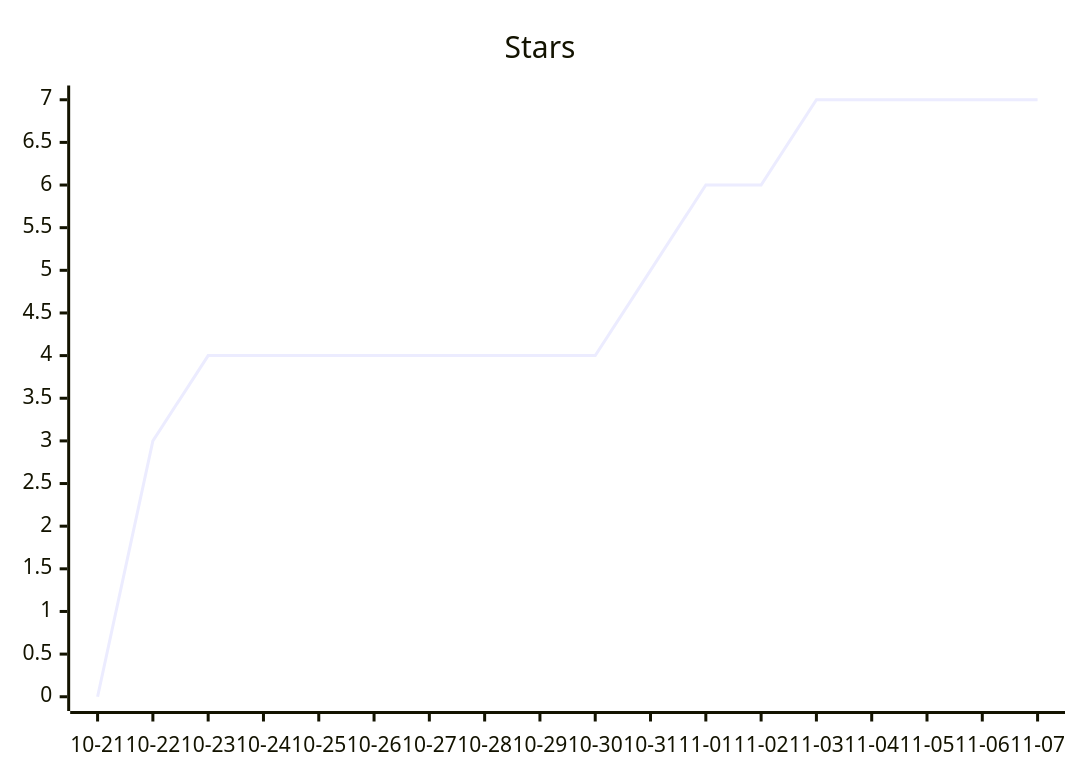
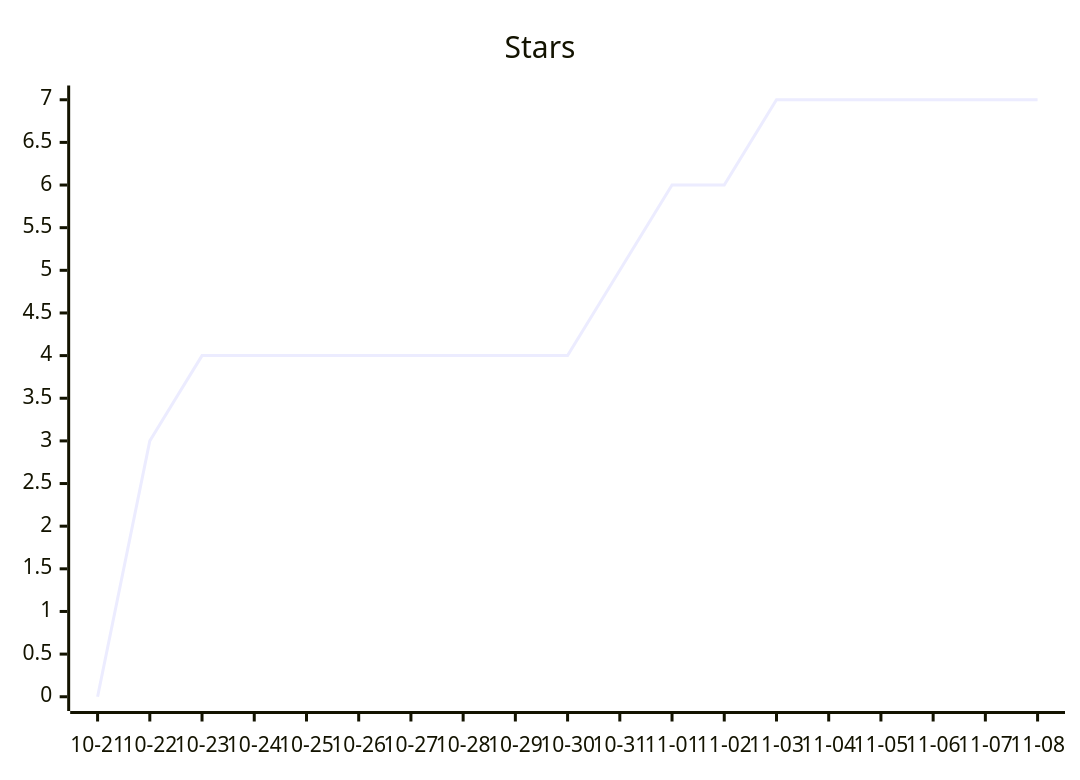
Before and after one commit to ArtemkaGoldMan/ContextSwitcher: the second of 3 diagrams in README.md, drawn with Mermaid. The commit also changed other lines of this file and 6 other files, not shown here.

````diff
--- a/README.md
+++ b/README.md
@@ -43,6 +43,6 @@
 ```mermaid
 xychart-beta
     title "Stars"
-    x-axis ["10-21", "10-22", "10-23", "10-24", "10-25", "10-26", "10-27", "10-28", "10-29", "10-30", "10-31", "11-01", "11-02", "11-03", "11-04", "11-05", "11-06", "11-07"]
-    line [0, 3, 4, 4, 4, 4, 4, 4, 4, 4, 5, 6, 6, 7, 7, 7, 7, 7]
+    x-axis ["10-21", "10-22", "10-23", "10-24", "10-25", "10-26", "10-27", "10-28", "10-29", "10-30", "10-31", "11-01", "11-02", "11-03", "11-04", "11-05", "11-06", "11-07", "11-08"]
+    line [0, 3, 4, 4, 4, 4, 4, 4, 4, 4, 5, 6, 6, 7, 7, 7, 7, 7, 7]
 ```
````
